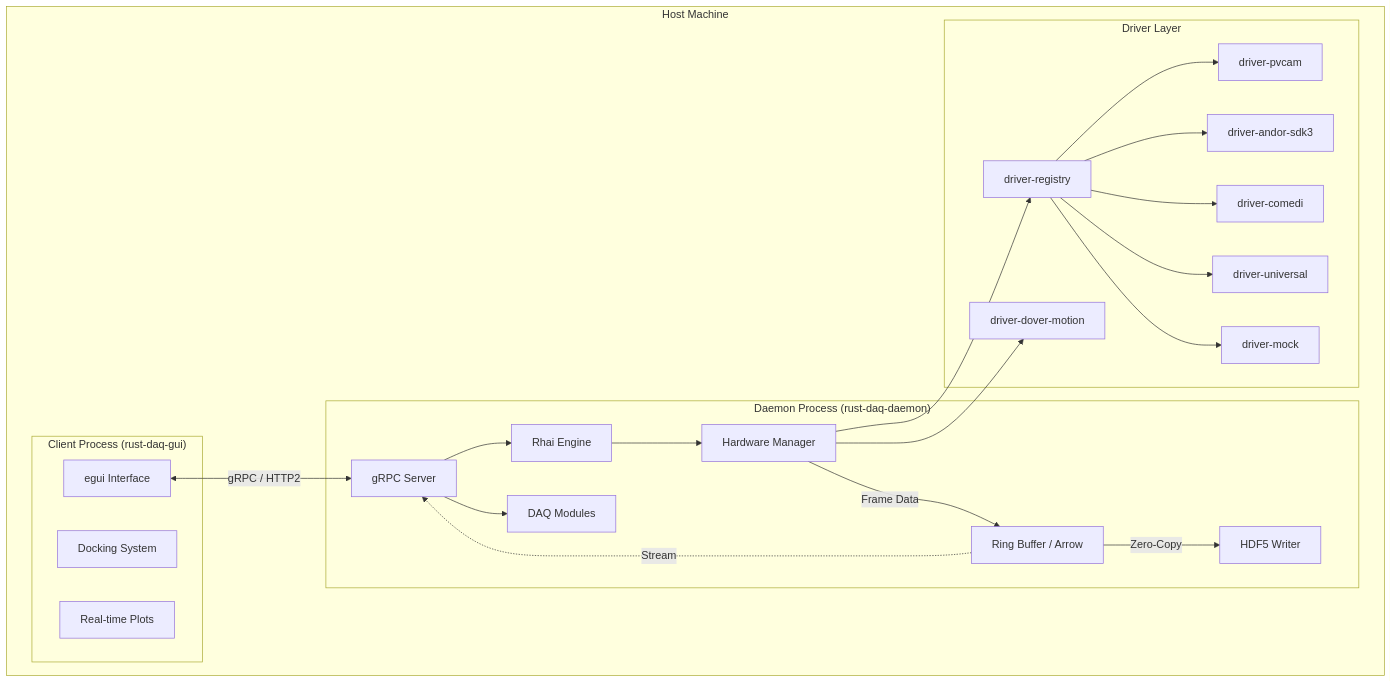
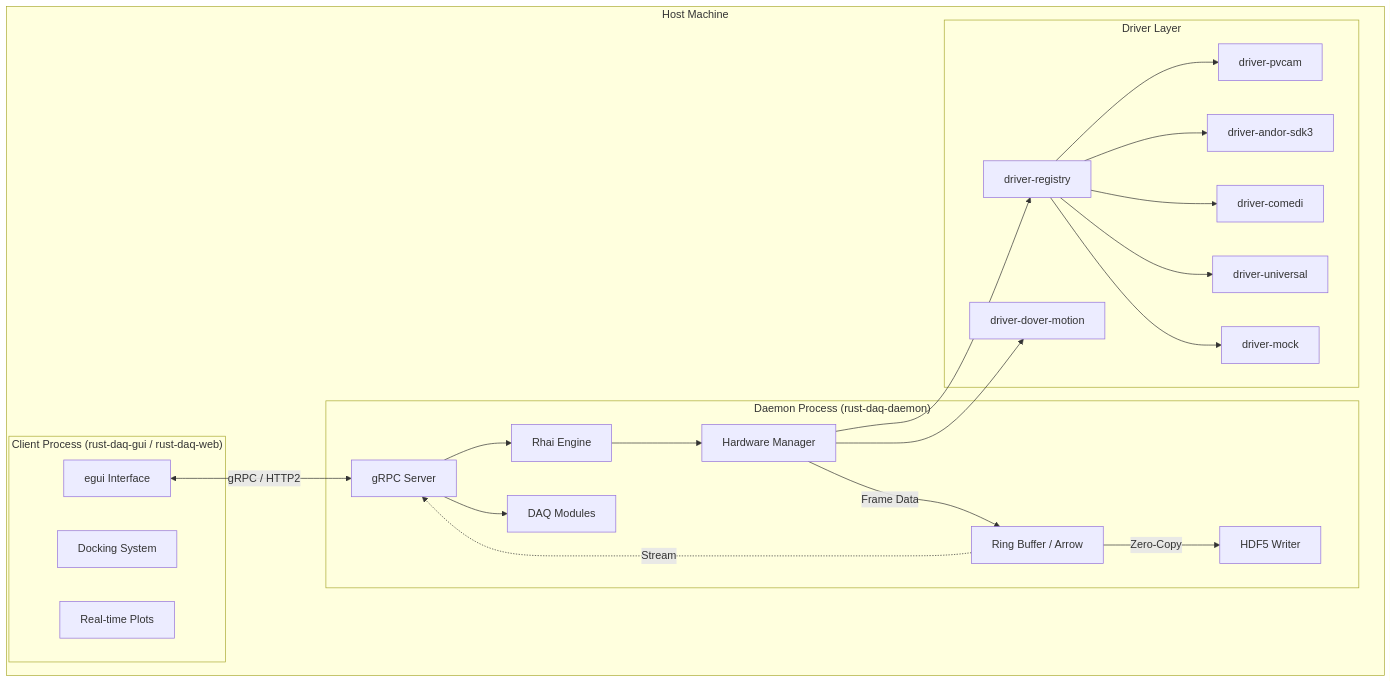
The diagram in docs/explanation/architecture.md (easternanemone/rudaq), drawn with Mermaid before and after one commit. The commit also changed other lines of this file and 44 other files, not shown here.

````diff
--- a/docs/explanation/architecture.md
+++ b/docs/explanation/architecture.md
@@ -81,45 +82,45 @@
 ```mermaid
 graph TD
     subgraph "Host Machine"
         subgraph "Daemon Process (rust-daq-daemon)"
             Server[gRPC Server]
             Script[Rhai Engine]
             Modules[DAQ Modules]
             HW[Hardware Manager]
             Ring[Ring Buffer / Arrow]
             Writer[HDF5 Writer]
         end
 
-        subgraph "Client Process (rust-daq-gui)"
+        subgraph "Client Process (rust-daq-gui / rust-daq-web)"
             GUI[egui Interface]
             Dock[Docking System]
             Plot[Real-time Plots]
         end
 
         subgraph "Driver Layer"
             DrvRegistry[driver-registry]
             DrvPvcam[driver-pvcam]
             DrvAndor[driver-andor-sdk3]
             DrvDover[driver-dover-motion]
             DrvComedi[driver-comedi]
             DrvUniversal[driver-universal]
             DrvMock[driver-mock]
         end
     end
 
     GUI <-->|gRPC / HTTP2| Server
 
     Server --> Script
     Server --> Modules
     Script --> HW
     HW --> DrvRegistry
     DrvRegistry --> DrvPvcam
     DrvRegistry --> DrvAndor
     DrvRegistry --> DrvComedi
     HW --> DrvDover
     DrvRegistry --> DrvUniversal
     DrvRegistry --> DrvMock
     HW -->|Frame Data| Ring
     Ring -->|Zero-Copy| Writer
     Ring -.->|Stream| Server
 ```
````
